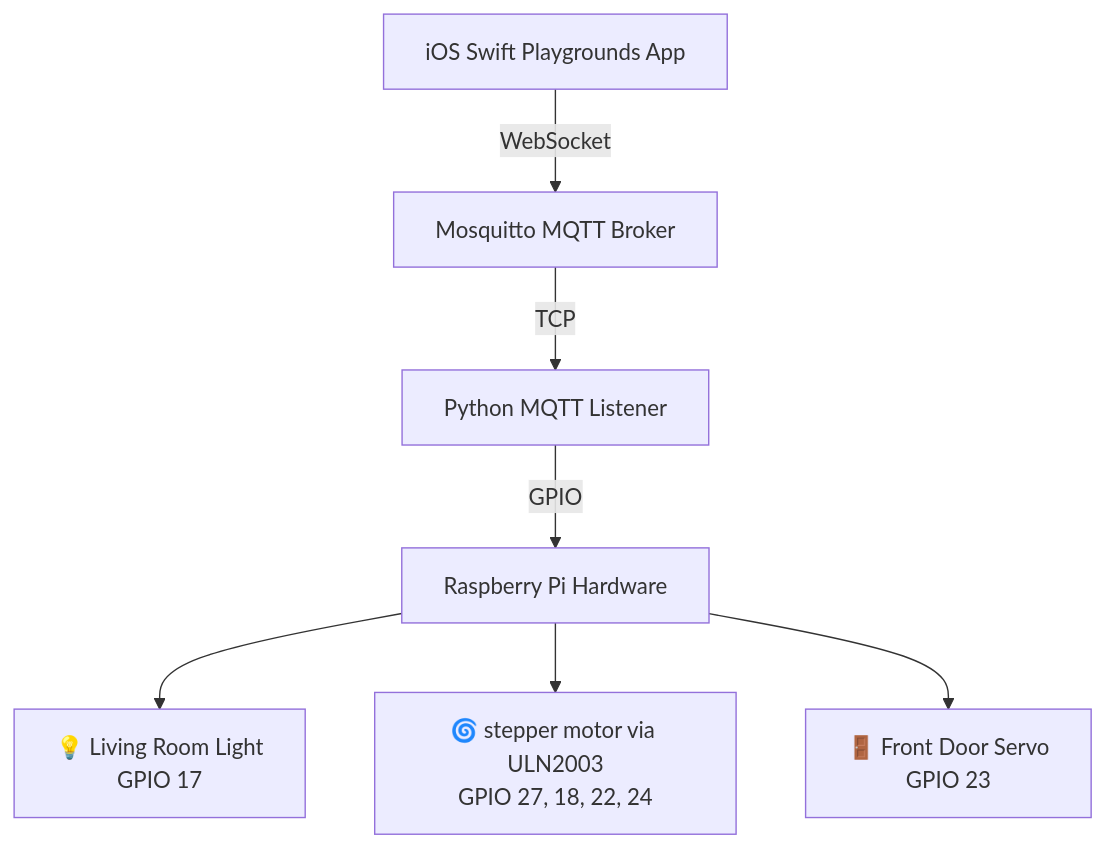
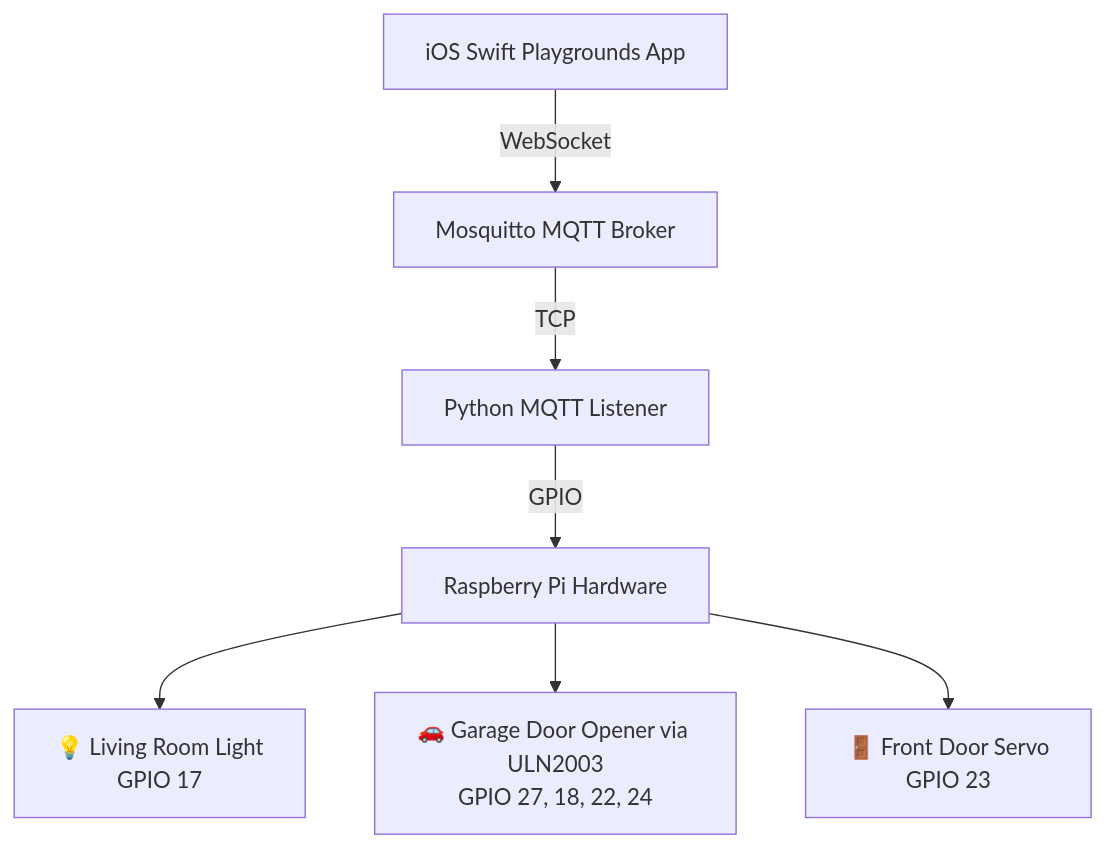
Before and after one commit to roanvtkc/simpsons-house: the diagram in README.md, drawn with Mermaid. The commit also changed other lines of this file, not shown here.

Commit message:
docs: update README for garage door opener

````diff
--- a/README.md
+++ b/README.md
@@ -31,10 +31,10 @@
 ```mermaid
 graph TD
     A[iOS Swift Playgrounds App] -->|WebSocket| B[Mosquitto MQTT Broker]
     B -->|TCP| C[Python MQTT Listener]
     C -->|GPIO| D[Raspberry Pi Hardware]
     
     D --> E[💡 Living Room Light<br/>GPIO 17]
-    D --> F[🌀 stepper motor via ULN2003<br/>GPIO 27, 18, 22, 24]
+    D --> F[🚗 Garage Door Opener via ULN2003<br/>GPIO 27, 18, 22, 24]
     D --> G[🚪 Front Door Servo<br/>GPIO 23]
 ```
````
